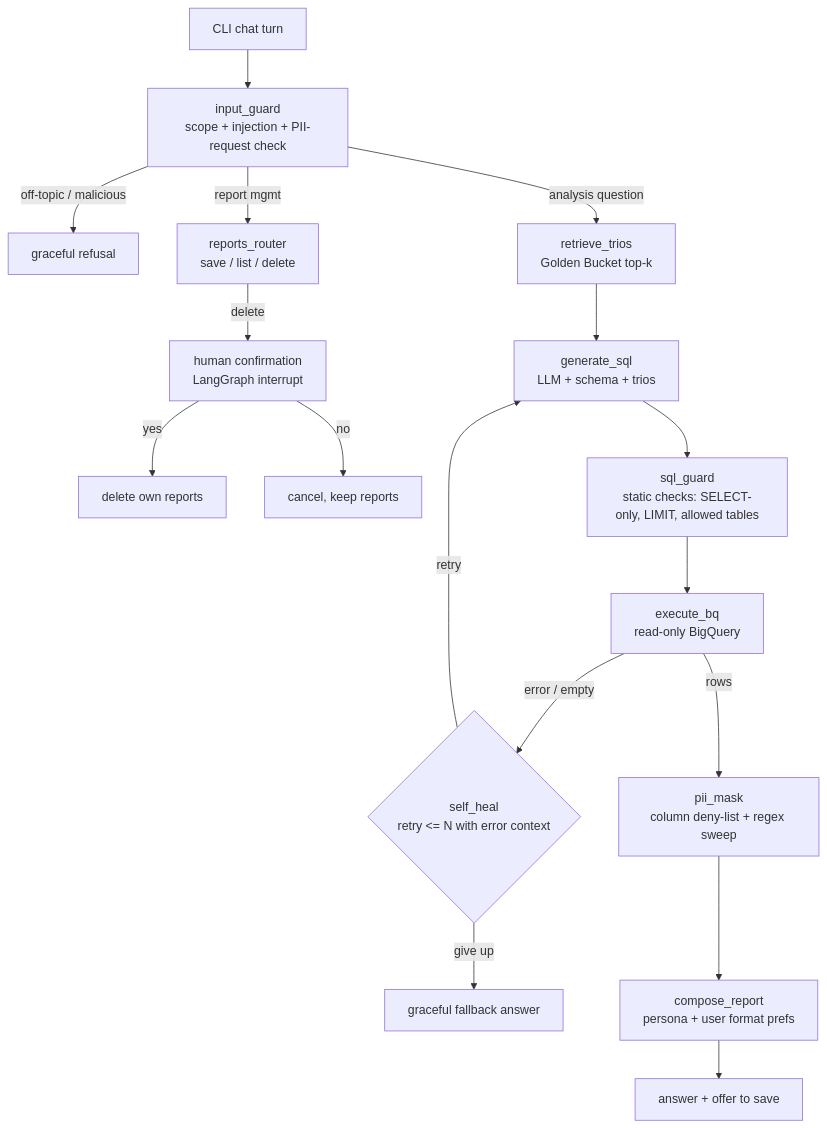
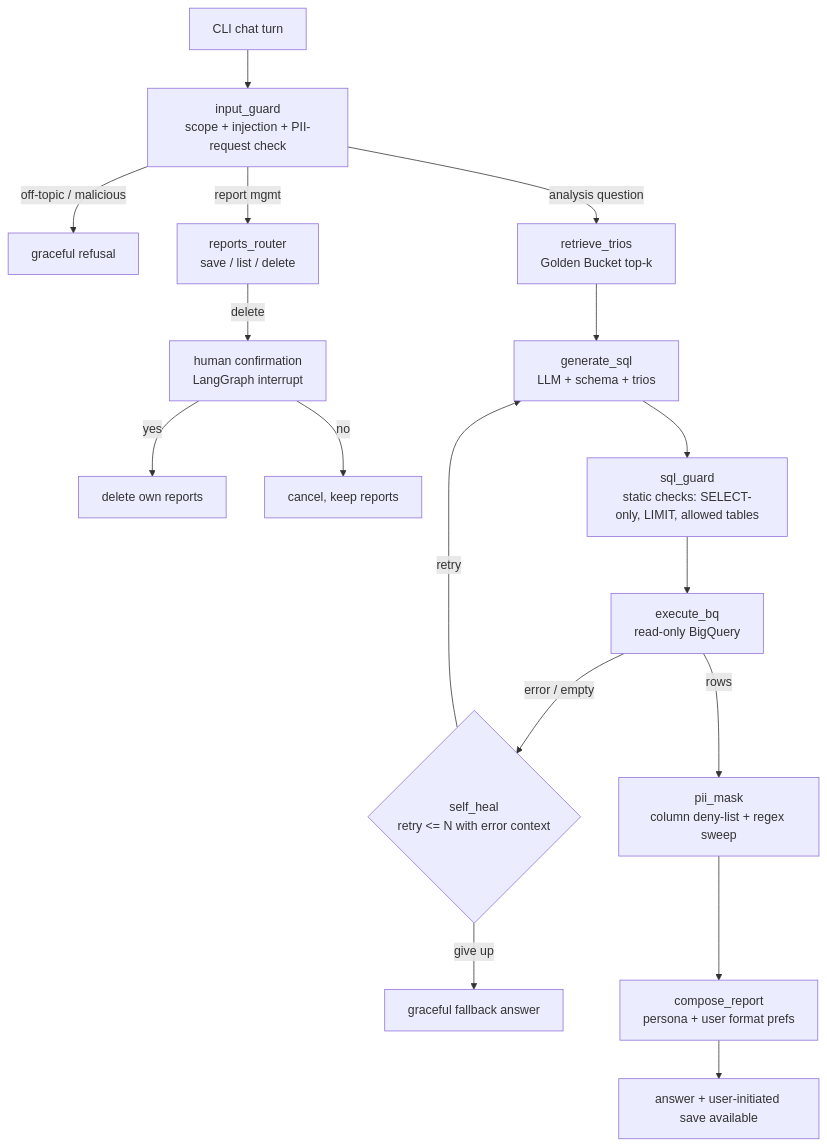
The diagram in memory-bank/systemPatterns.md (webboy/opsfleet-retail-company-ai), drawn with Mermaid before and after one commit. The commit also changed 11 other files, not shown here.

````diff
--- a/memory-bank/systemPatterns.md
+++ b/memory-bank/systemPatterns.md
@@ -7,19 +7,19 @@
 ```mermaid
 flowchart TD
     U[CLI chat turn] --> GUARD[input_guard\nscope + injection + PII-request check]
     GUARD -->|off-topic / malicious| REFUSE[graceful refusal]
     GUARD -->|report mgmt| REPORTS[reports_router\nsave / list / delete]
     REPORTS -->|delete| CONFIRM[human confirmation\nLangGraph interrupt]
     CONFIRM -->|yes| DELETE[delete own reports]
     CONFIRM -->|no| CANCEL[cancel, keep reports]
     GUARD -->|analysis question| RETRIEVE[retrieve_trios\nGolden Bucket top-k]
     RETRIEVE --> SQLGEN[generate_sql\nLLM + schema + trios]
     SQLGEN --> LINT[sql_guard\nstatic checks: SELECT-only, LIMIT, allowed tables]
     LINT --> EXEC[execute_bq\nread-only BigQuery]
     EXEC -->|error / empty| HEAL{self_heal\nretry <= N with error context}
     HEAL -->|retry| SQLGEN
     HEAL -->|give up| APOLOGY[graceful fallback answer]
     EXEC -->|rows| MASK[pii_mask\ncolumn deny-list + regex sweep]
     MASK --> REPORT[compose_report\npersona + user format prefs]
-    REPORT --> OUT[answer + offer to save]
+    REPORT --> OUT[answer + user-initiated save available]
 ```
````
